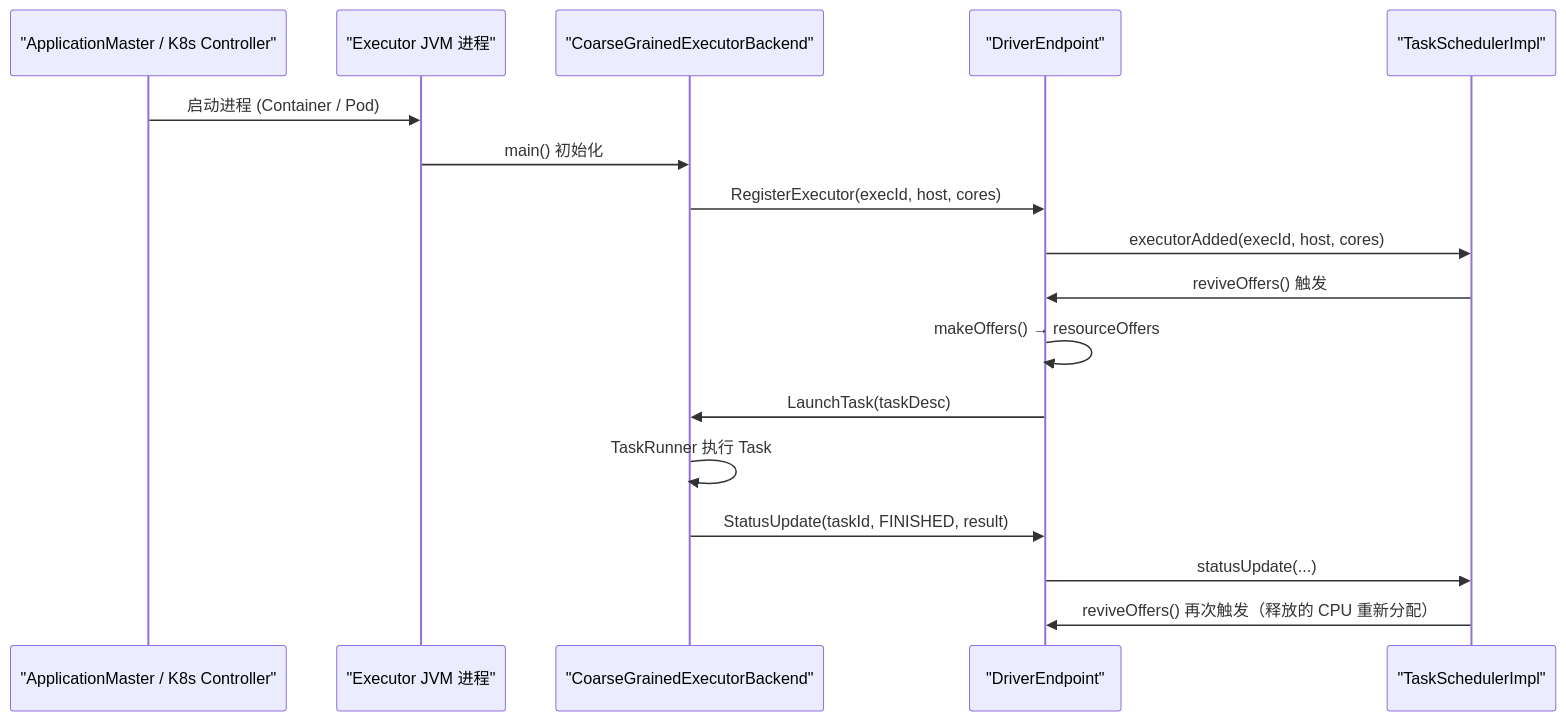
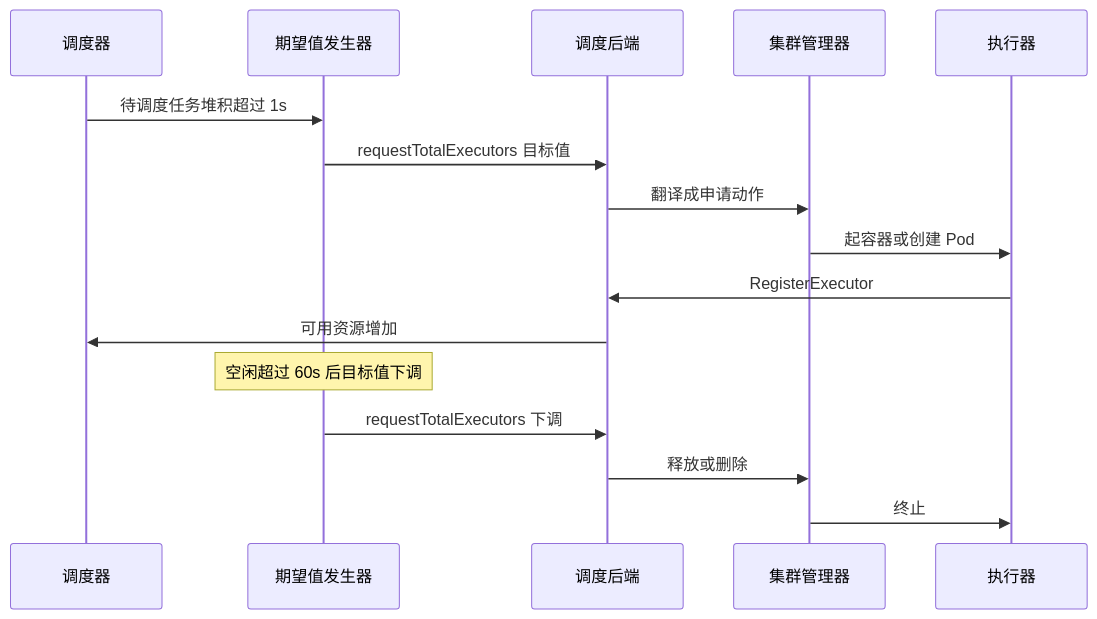
One commit to hpliStartAgain/my-brain changed the fourth of 5 diagrams in content/大数据/Spark/Spark-调度系统与执行模型深度解析/04 调度后端（SchedulerBackend）：Spark 与资源管理器（YARN，K8s）的对接细节.md. Above: the diagram before and after it, drawn with Mermaid. The commit also changed other lines of this file and 259 other files, not shown here.

````diff
--- a/content/大数据/Spark/Spark-调度系统与执行模型深度解析/04 调度后端（SchedulerBackend）：Spark 与资源管理器（YARN，K8s）的对接细节.md
+++ b/content/大数据/Spark/Spark-调度系统与执行模型深度解析/04 调度后端（SchedulerBackend）：Spark 与资源管理器（YARN，K8s）的对接细节.md
@@ -91,20 +355,19 @@
 ```mermaid
+%%{init: {'theme': 'dracula'}}%%
 sequenceDiagram
-    participant AM as "ApplicationMaster / K8s Controller"
-    participant ExecProc as "Executor JVM 进程"
-    participant ExecBack as "CoarseGrainedExecutorBackend"
-    participant DrvEnd as "DriverEndpoint"
-    participant TS as "TaskSchedulerImpl"
-
-    AM->>ExecProc: 启动进程 (Container / Pod)
-    ExecProc->>ExecBack: main() 初始化
-    ExecBack->>DrvEnd: RegisterExecutor(execId, host, cores)
-    DrvEnd->>TS: executorAdded(execId, host, cores)
-    TS->>DrvEnd: reviveOffers() 触发
-    DrvEnd->>DrvEnd: makeOffers() → resourceOffers
-    DrvEnd->>ExecBack: LaunchTask(taskDesc)
-    ExecBack->>ExecBack: TaskRunner 执行 Task
-    ExecBack->>DrvEnd: StatusUpdate(taskId, FINISHED, result)
-    DrvEnd->>TS: statusUpdate(...)
-    TS->>DrvEnd: reviveOffers() 再次触发（释放的 CPU 重新分配）
+    participant TS as 调度器
+    participant EM as 期望值发生器
+    participant BE as 调度后端
+    participant CM as 集群管理器
+    participant EX as 执行器
+    TS->>EM: 待调度任务堆积超过 1s
+    EM->>BE: requestTotalExecutors 目标值
+    BE->>CM: 翻译成申请动作
+    CM->>EX: 起容器或创建 Pod
+    EX->>BE: RegisterExecutor
+    BE->>TS: 可用资源增加
+    Note over EM: 空闲超过 60s 后目标值下调
+    EM->>BE: requestTotalExecutors 下调
+    BE->>CM: 释放或删除
+    CM->>EX: 终止
 ```
````
